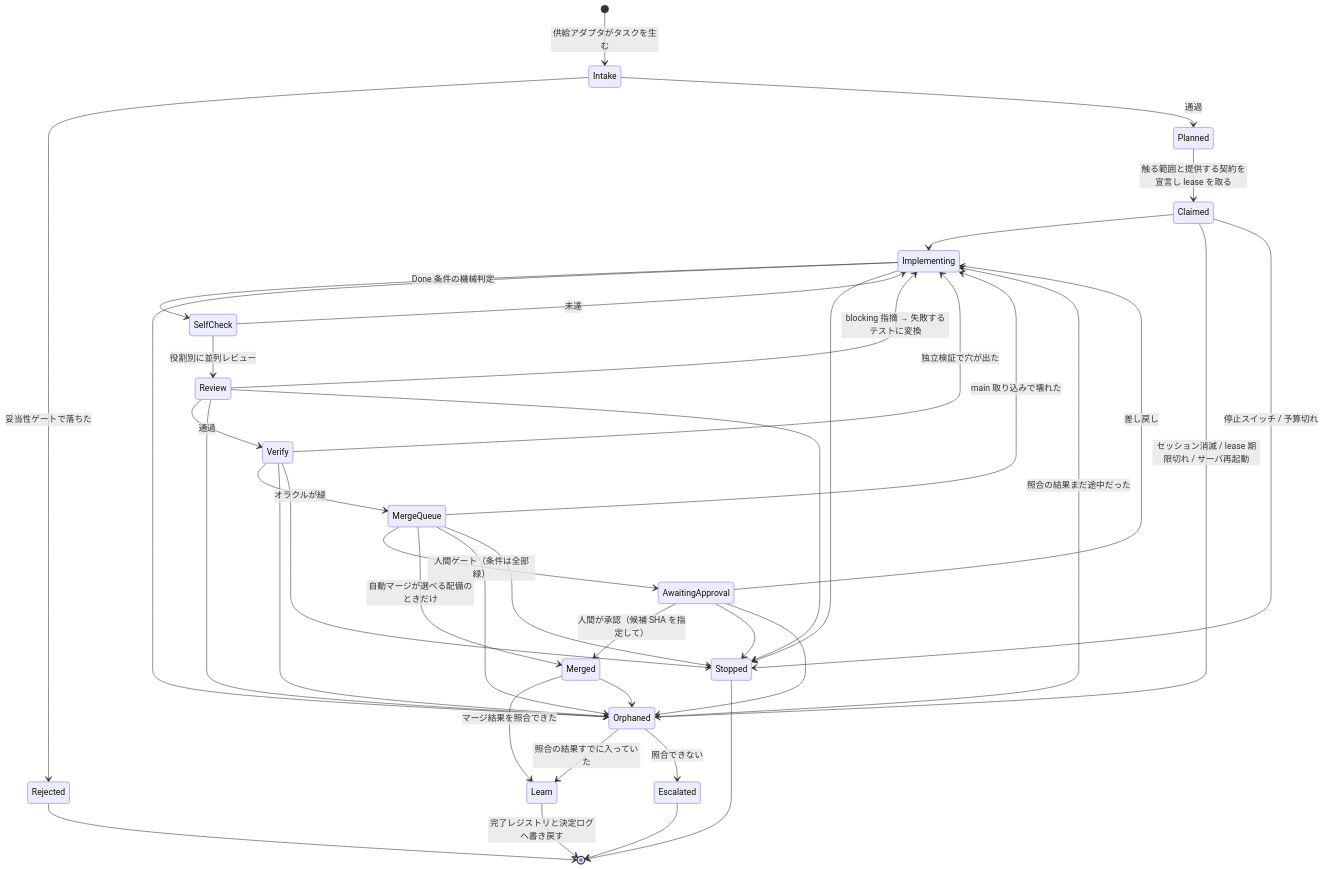
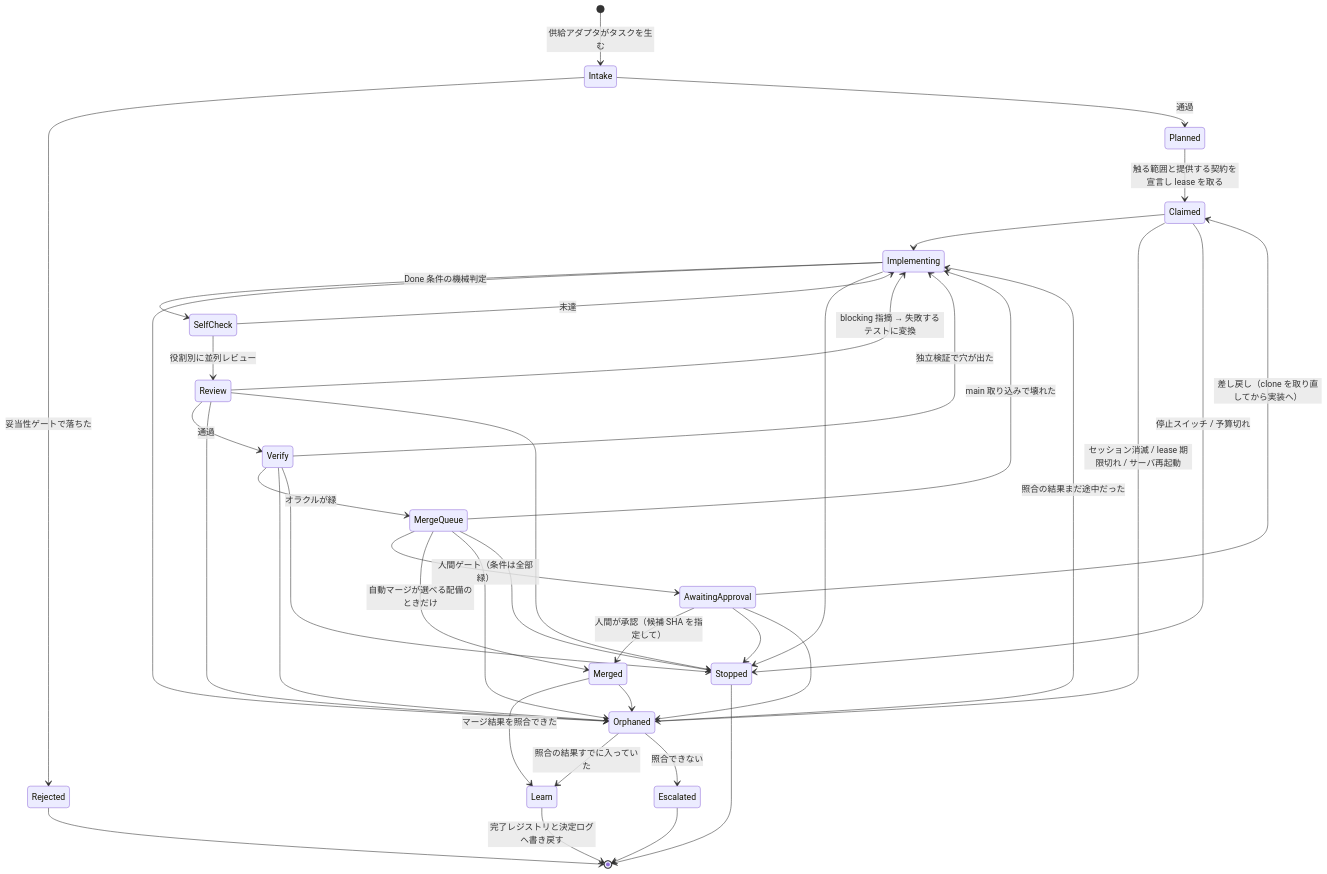
The first of 2 diagrams in future/autonomous-delivery-pipeline.md (highfar-projects/mulmoterminal), drawn with Mermaid before and after one commit. The commit also changed other lines of this file and 1 other file, not shown here.

First line of the commit message:
fix: address Codex review iter-18 — D3 の書き出しと、差し戻し先の clone

````diff
--- a/future/autonomous-delivery-pipeline.md
+++ b/future/autonomous-delivery-pipeline.md
@@ -30,42 +30,42 @@
 ```mermaid
 stateDiagram-v2
     [*] --> Intake: 供給アダプタがタスクを生む
     Intake --> Rejected: 妥当性ゲートで落ちた
     Intake --> Planned: 通過
     Planned --> Claimed: 触る範囲と提供する契約を宣言し lease を取る
     Claimed --> Implementing
     Implementing --> SelfCheck: Done 条件の機械判定
     SelfCheck --> Implementing: 未達
     SelfCheck --> Review: 役割別に並列レビュー
     Review --> Implementing: blocking 指摘 → 失敗するテストに変換
     Review --> Verify: 通過
     Verify --> Implementing: 独立検証で穴が出た
     Verify --> MergeQueue: オラクルが緑
     MergeQueue --> Implementing: main 取り込みで壊れた
     MergeQueue --> AwaitingApproval: 人間ゲート（条件は全部緑）
     AwaitingApproval --> Merged: 人間が承認（候補 SHA を指定して）
-    AwaitingApproval --> Implementing: 差し戻し
+    AwaitingApproval --> Claimed: 差し戻し（clone を取り直してから実装へ）
     MergeQueue --> Merged: 自動マージが選べる配備のときだけ
     Merged --> Learn: マージ結果を照合できた
     Learn --> [*]: 完了レジストリと決定ログへ書き戻す
     Rejected --> [*]
 
     Claimed --> Orphaned: セッション消滅 / lease 期限切れ / サーバ再起動
     Implementing --> Orphaned
     Review --> Orphaned
     Verify --> Orphaned
     MergeQueue --> Orphaned
     Merged --> Orphaned
     Orphaned --> Implementing: 照合の結果まだ途中だった
     Orphaned --> Learn: 照合の結果すでに入っていた
     Orphaned --> Escalated: 照合できない
     Claimed --> Stopped: 停止スイッチ / 予算切れ
     Implementing --> Stopped
     Review --> Stopped
     Verify --> Stopped
     MergeQueue --> Stopped
     AwaitingApproval --> Stopped
     AwaitingApproval --> Orphaned
     Escalated --> [*]
     Stopped --> [*]
 ```
````
